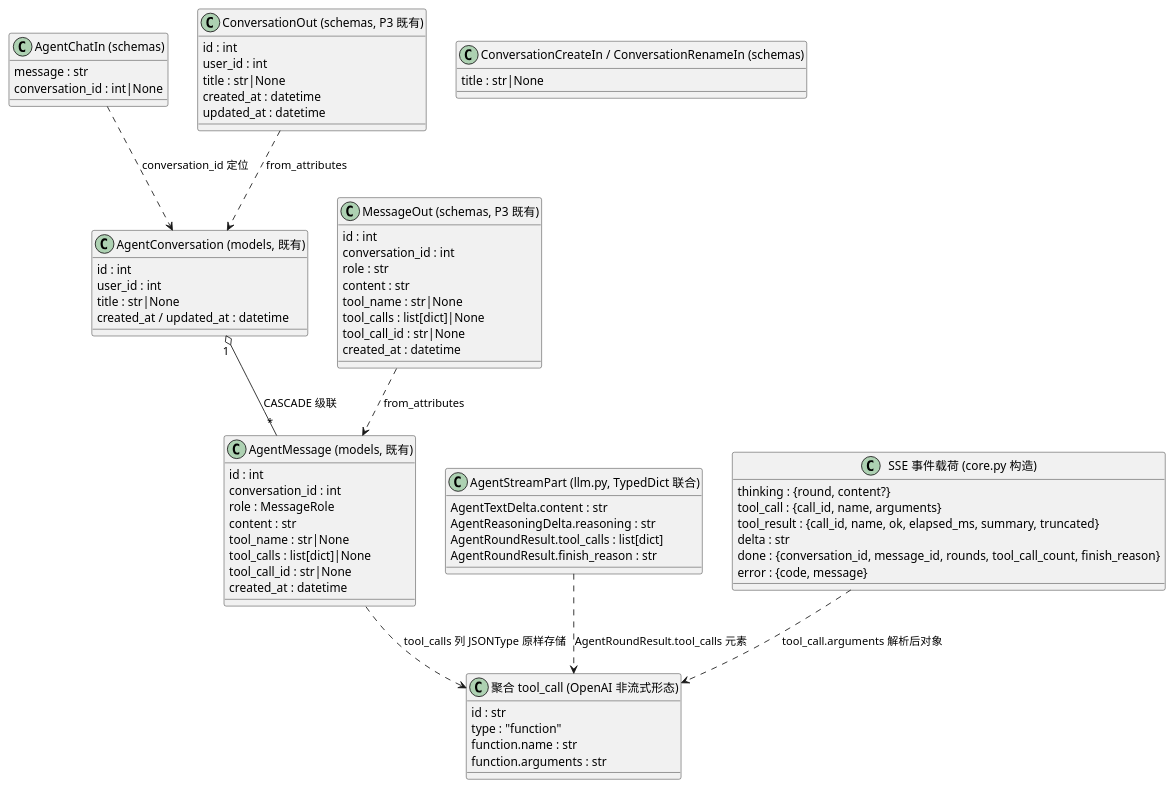
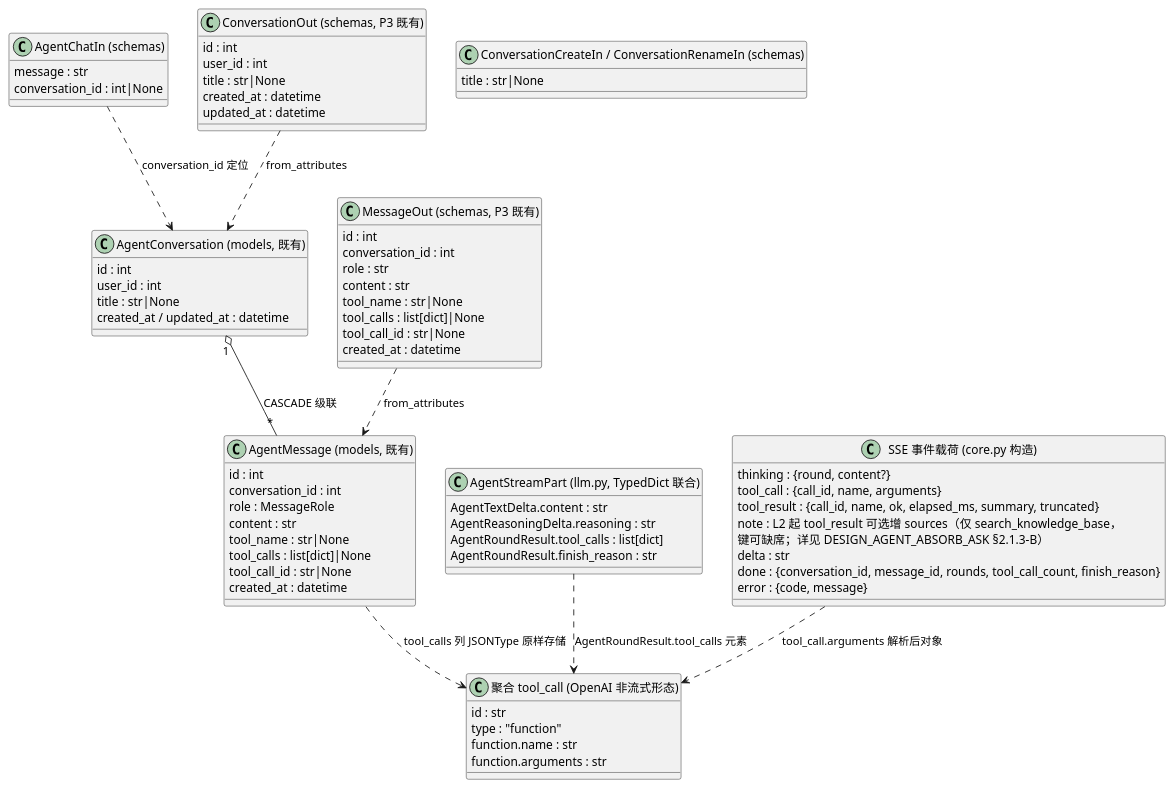
Before and after one commit to duandalei/smartlearn-agent: the sixth of 6 diagrams in docs/designs/DESIGN_AGENT_CHAT.md, drawn with PlantUML. The commit also changed 16 other files, not shown here.

```diff
--- a/docs/designs/DESIGN_AGENT_CHAT.md
+++ b/docs/designs/DESIGN_AGENT_CHAT.md
@@ -588,6 +588,7 @@
   thinking : {round, content?}
   tool_call : {call_id, name, arguments}
   tool_result : {call_id, name, ok, elapsed_ms, summary, truncated}
+  note : L2 起 tool_result 可选增 sources（仅 search_knowledge_base，\n键可缺席；详见 DESIGN_AGENT_ABSORB_ASK §2.1.3-B）
   delta : str
   done : {conversation_id, message_id, rounds, tool_call_count, finish_reason}
   error : {code, message}
```
